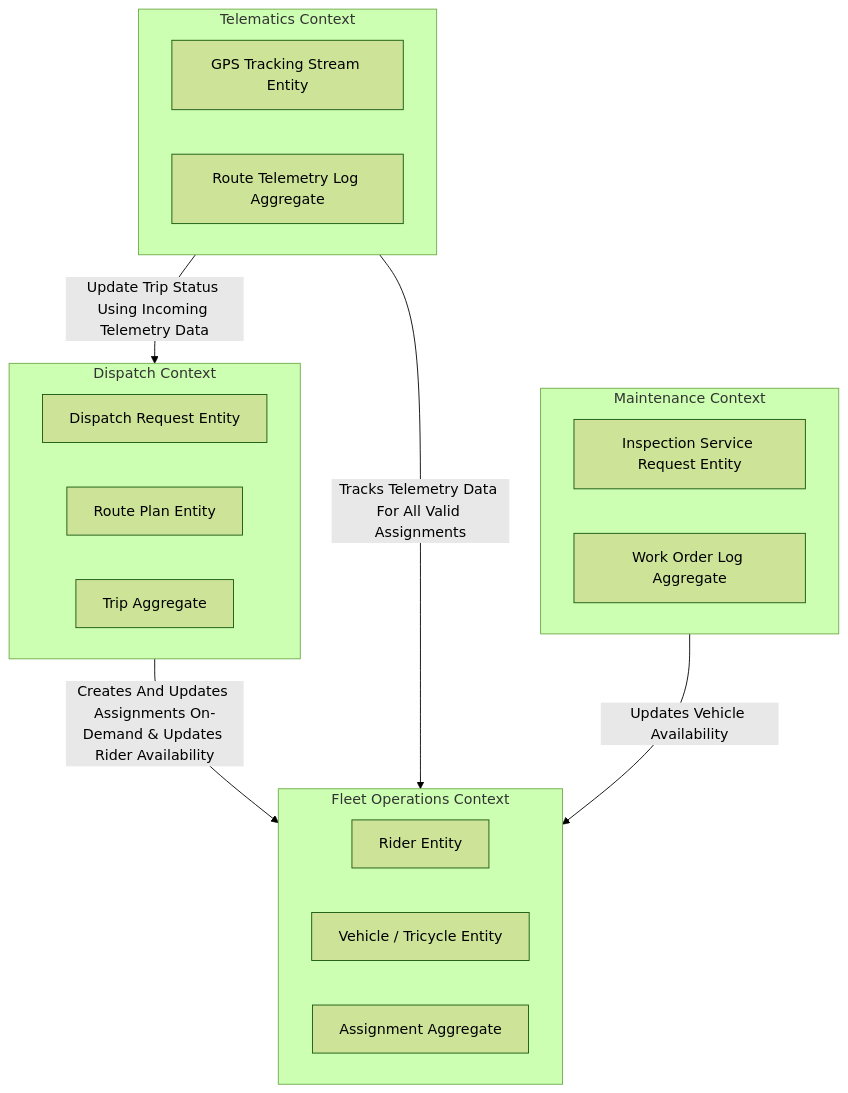
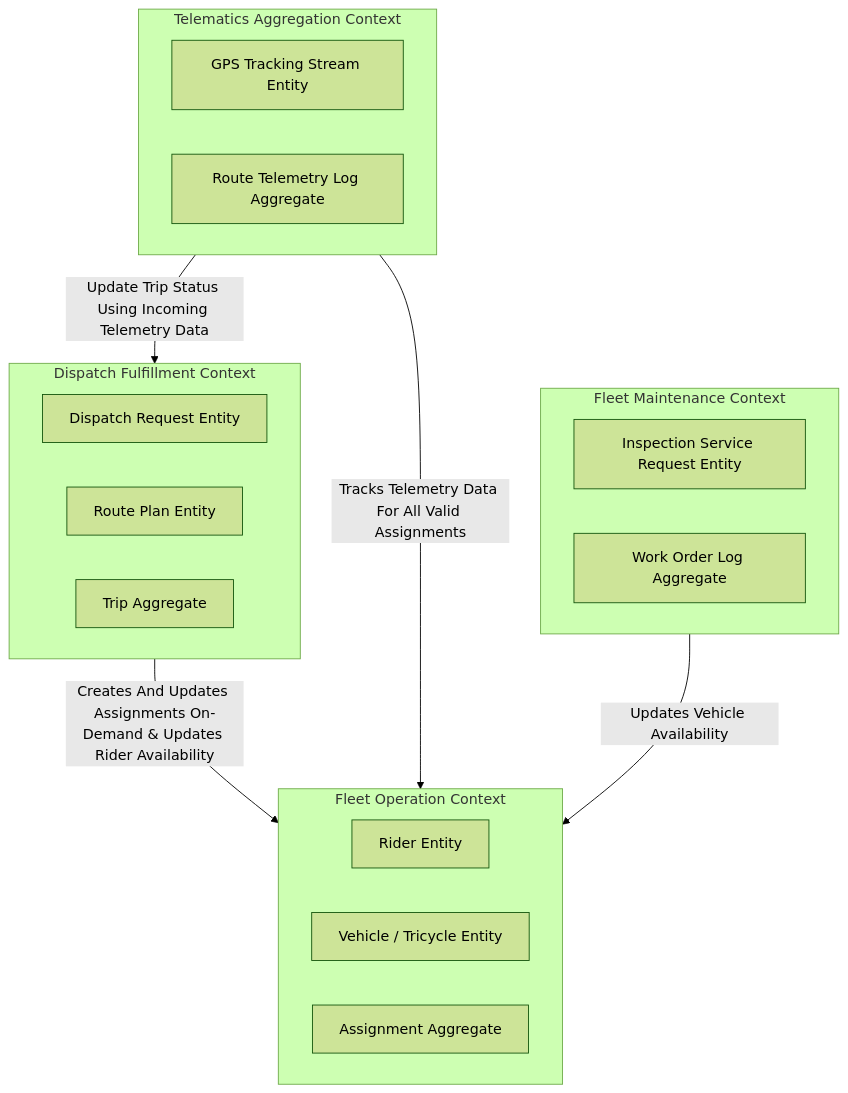
One commit to isocroft/fleet-management-ontology changed the diagram in context_map.mermaid. Above: the diagram before and after it, drawn with Mermaid (forest theme).

Commit message:
chore: updated context map subgraph names for context clarity

```diff
--- a/context_map.mermaid
+++ b/context_map.mermaid
@@ -1,28 +1,28 @@
 graph TD
-    subgraph fleet [Fleet Operations Context]
+    subgraph fleet [Fleet Operation Context]
         D[Rider Entity]
         V[Vehicle / Tricycle Entity]
         A[Assignment Aggregate]
     end 
 
-    subgraph telematics [Telematics Context]
+    subgraph telematics [Telematics Aggregation Context]
         GT[GPS Tracking Stream Entity]
         RT[Route Telemetry Log Aggregate]
     end
 
-    subgraph maintenance [Maintenance Context]
+    subgraph maintenance [Fleet Maintenance Context]
         ISR[Inspection Service Request Entity]
         WO[Work Order Log Aggregate]
     end
 
-    subgraph dispatch [Dispatch Context]
+    subgraph dispatch [Dispatch Fulfillment Context]
         DR[Dispatch Request Entity]
         RP[Route Plan Entity]
         TR[Trip Aggregate]
     end
 
     %% Clean connection syntax using short IDs
     dispatch -->|Creates And Updates Assignments On-Demand & Updates Rider Availability| fleet
     telematics -->|Tracks Telemetry Data For All Valid Assignments| fleet
     telematics -->|Update Trip Status Using Incoming Telemetry Data| dispatch
     maintenance -->|Updates Vehicle Availability| fleet
```
